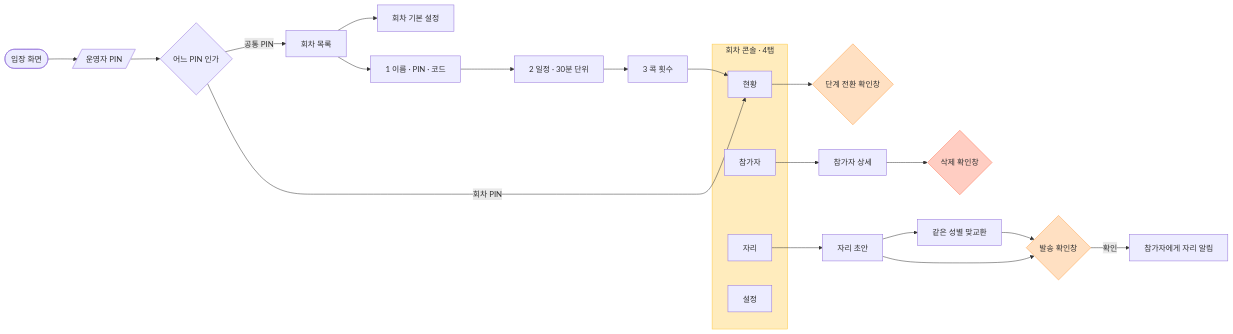
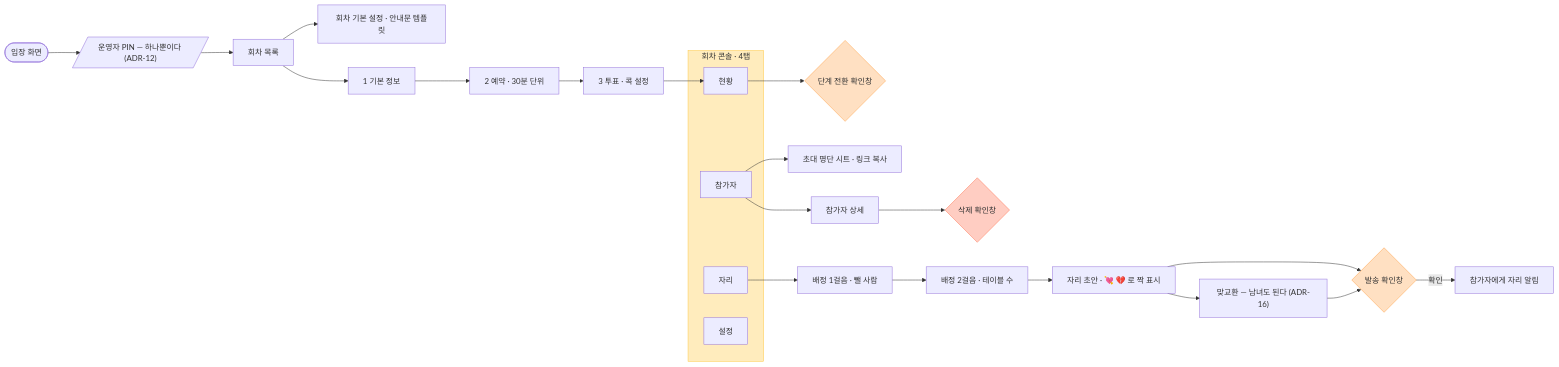
One commit to xcellentbird/tone-pick changed the second of 6 diagrams in docs/USER-FLOWS.md. Above: the diagram before and after it, drawn with Mermaid. The commit also changed other lines of this file and 9 other files, not shown here.

````diff
--- a/docs/USER-FLOWS.md
+++ b/docs/USER-FLOWS.md
@@ -83,45 +89,47 @@
 ```mermaid
 flowchart LR
     entry(["입장 화면"])
-    pin[/"운영자 PIN"/]
-    scope{"어느 PIN 인가"}
+    pin[/"운영자 PIN — 하나뿐이다 (ADR-12)"/]
     events["회차 목록"]
-    defaults["회차 기본 설정"]
+    defaults["회차 기본 설정 · 안내문 템플릿"]
 
-    w1["1 이름 · PIN · 코드"]
-    w2["2 일정 · 30분 단위"]
-    w3["3 콕 횟수"]
+    w1["1 기본 정보"]
+    w2["2 예약 · 30분 단위"]
+    w3["3 투표 · 콕 설정"]
 
     subgraph console ["회차 콘솔 · 4탭"]
         dash["현황"]
         players["참가자"]
         seats["자리"]
         settings["설정"]
     end
 
     phaseConfirm{"단계 전환 확인창"}
+    invites["초대 명단 시트 · 링크 복사"]
     sheet["참가자 상세"]
     delConfirm{"삭제 확인창"}
-    draft["자리 초안"]
-    swap["같은 성별 맞교환"]
+    pick["배정 1걸음 · 뺄 사람"]
+    tables["배정 2걸음 · 테이블 수"]
+    draft["자리 초안 · 💘 💔 로 짝 표시"]
+    swap["맞교환 — 남녀도 된다 (ADR-16)"]
     pubConfirm{"발송 확인창"}
     published["참가자에게 자리 알림"]
 
-    entry --> pin --> scope
-    scope -->|"공통 PIN"| events
-    scope -->|"회차 PIN"| dash
+    entry --> pin --> events
     events --> defaults
     events --> w1 --> w2 --> w3 --> dash
 
     dash --> phaseConfirm
+    players --> invites
     players --> sheet --> delConfirm
-    seats --> draft --> swap
+    seats --> pick --> tables --> draft
+    draft --> swap
     draft --> pubConfirm
     swap --> pubConfirm
     pubConfirm -->|"확인"| published
 
     style console fill:#FFECBD,stroke:#FFC943
     style phaseConfirm fill:#FFE0C2,stroke:#FF9E42
     style pubConfirm fill:#FFE0C2,stroke:#FF9E42
     style delConfirm fill:#FFCDC2,stroke:#FF7556
 ```
````
